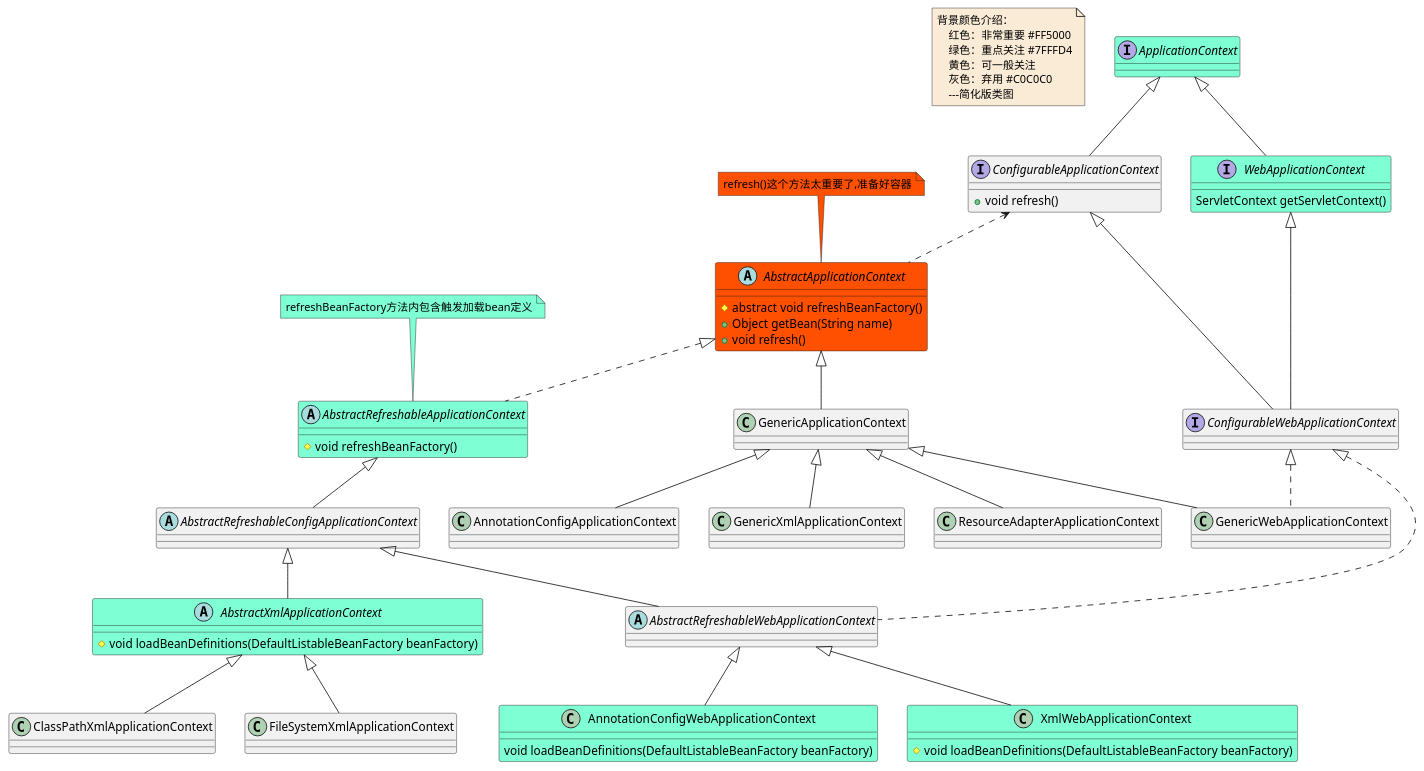
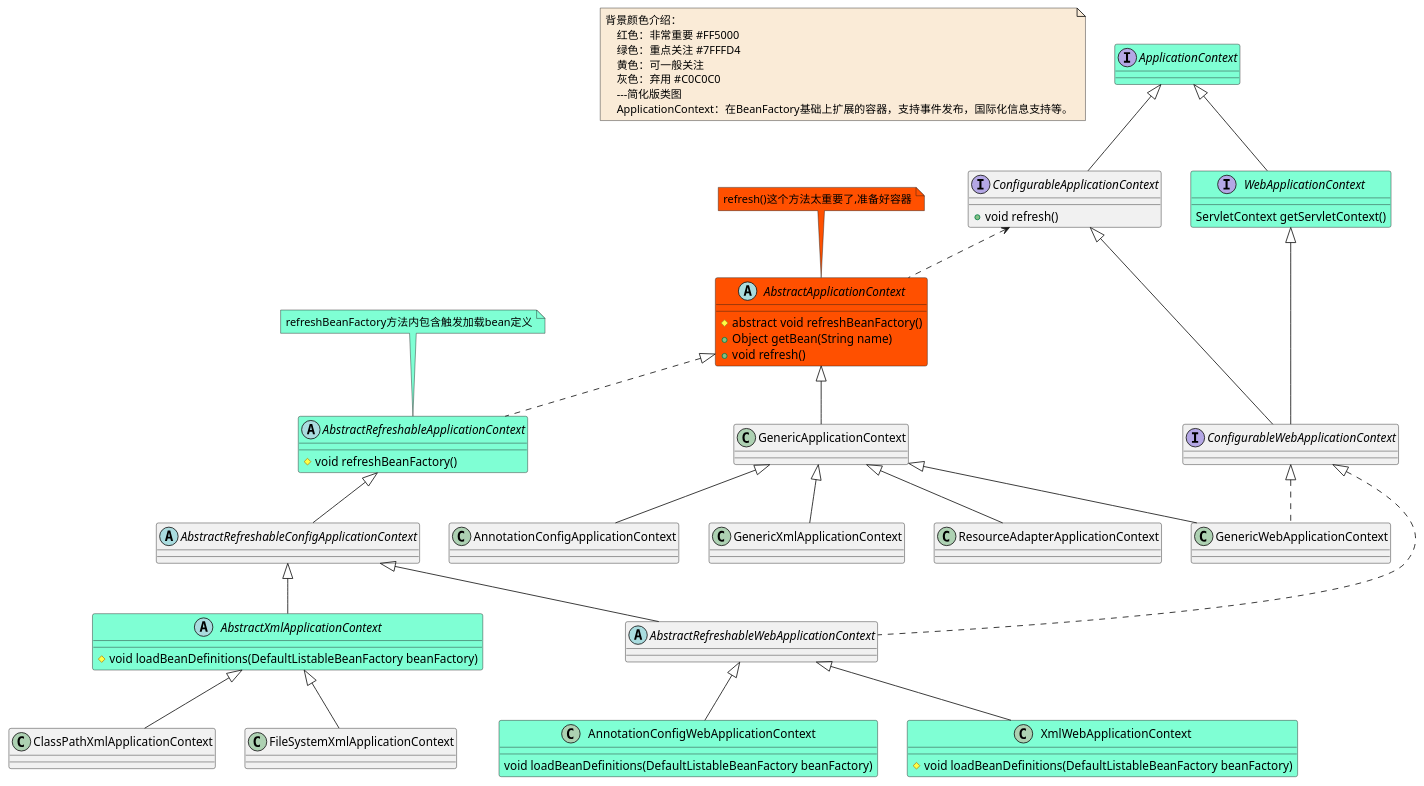
One commit to czwer/learn-spring-code changed the diagram in document/spring/base/class/Bean-BeanFactory-1-ApplicationContext-class.puml. Above: the diagram before and after it, drawn with PlantUML. The commit also changed 26 other files, not shown here.

```diff
--- a/document/spring/base/class/Bean-BeanFactory-1-ApplicationContext-class.puml
+++ b/document/spring/base/class/Bean-BeanFactory-1-ApplicationContext-class.puml
@@ -1,96 +1,97 @@
 @startuml
 
 note  as N1 #FAEBD7
 背景颜色介绍：
     红色：非常重要 #FF5000
     绿色：重点关注 #7FFFD4
     黄色：可一般关注
     灰色：弃用 #C0C0C0
     ---简化版类图
+    ApplicationContext：在BeanFactory基础上扩展的容器，支持事件发布，国际化信息支持等。
 end note
 
 
 interface ApplicationContext #7FFFD4
 abstract class AbstractApplicationContext  #FF5000
 AbstractApplicationContext : #abstract void refreshBeanFactory()
 AbstractApplicationContext : +Object getBean(String name)
 AbstractApplicationContext : +void refresh()
 note top #FF5000: refresh()这个方法太重要了,准备好容器
 abstract class AbstractRefreshableApplicationContext #7FFFD4
 AbstractRefreshableApplicationContext : #void refreshBeanFactory()
 note top #7FFFD4: refreshBeanFactory方法内包含触发加载bean定义
 abstract class AbstractRefreshableConfigApplicationContext
 abstract class AbstractRefreshableWebApplicationContext
 abstract class AbstractXmlApplicationContext #7FFFD4
 AbstractXmlApplicationContext : #void loadBeanDefinitions(DefaultListableBeanFactory beanFactory)
 class AnnotationConfigApplicationContext
 class AnnotationConfigWebApplicationContext #7FFFD4
 AnnotationConfigWebApplicationContext : void loadBeanDefinitions(DefaultListableBeanFactory beanFactory)
 class ClassPathXmlApplicationContext
 interface ConfigurableApplicationContext
 ConfigurableApplicationContext : +void refresh()
 interface ConfigurableWebApplicationContext
 class FileSystemXmlApplicationContext
 class GenericApplicationContext
 class GenericXmlApplicationContext
 class GenericWebApplicationContext
 class ResourceAdapterApplicationContext
 class XmlWebApplicationContext #7FFFD4
 XmlWebApplicationContext : #void loadBeanDefinitions(DefaultListableBeanFactory beanFactory)
 interface WebApplicationContext #7FFFD4
 WebApplicationContext : ServletContext getServletContext()
 
 
 
 
 
 
 AbstractApplicationContext <|.. AbstractRefreshableApplicationContext
 AbstractApplicationContext <|-- GenericApplicationContext
 
 
 
 
 AbstractXmlApplicationContext <|-- ClassPathXmlApplicationContext
 AbstractXmlApplicationContext <|-- FileSystemXmlApplicationContext
 
 
 AbstractRefreshableConfigApplicationContext <|-- AbstractRefreshableWebApplicationContext
 AbstractRefreshableConfigApplicationContext <|-- AbstractXmlApplicationContext
 
 AbstractRefreshableApplicationContext <|-- AbstractRefreshableConfigApplicationContext
 
 AbstractRefreshableWebApplicationContext <|-- AnnotationConfigWebApplicationContext
 AbstractRefreshableWebApplicationContext <|-- XmlWebApplicationContext
 
 
 
 ApplicationContext <|-- ConfigurableApplicationContext
 ApplicationContext <|-- WebApplicationContext
 
 
 
 
 
 ConfigurableApplicationContext <.. AbstractApplicationContext
 ConfigurableApplicationContext <|-- ConfigurableWebApplicationContext
 
 
 
 ConfigurableWebApplicationContext <|.. AbstractRefreshableWebApplicationContext
 ConfigurableWebApplicationContext <|.. GenericWebApplicationContext
 
 
 
 GenericApplicationContext <|-- AnnotationConfigApplicationContext
 GenericApplicationContext <|-- GenericXmlApplicationContext
 GenericApplicationContext <|-- GenericWebApplicationContext
 GenericApplicationContext <|-- ResourceAdapterApplicationContext
 
 
 
 
 
 WebApplicationContext <|-- ConfigurableWebApplicationContext
 
 @enduml
```
